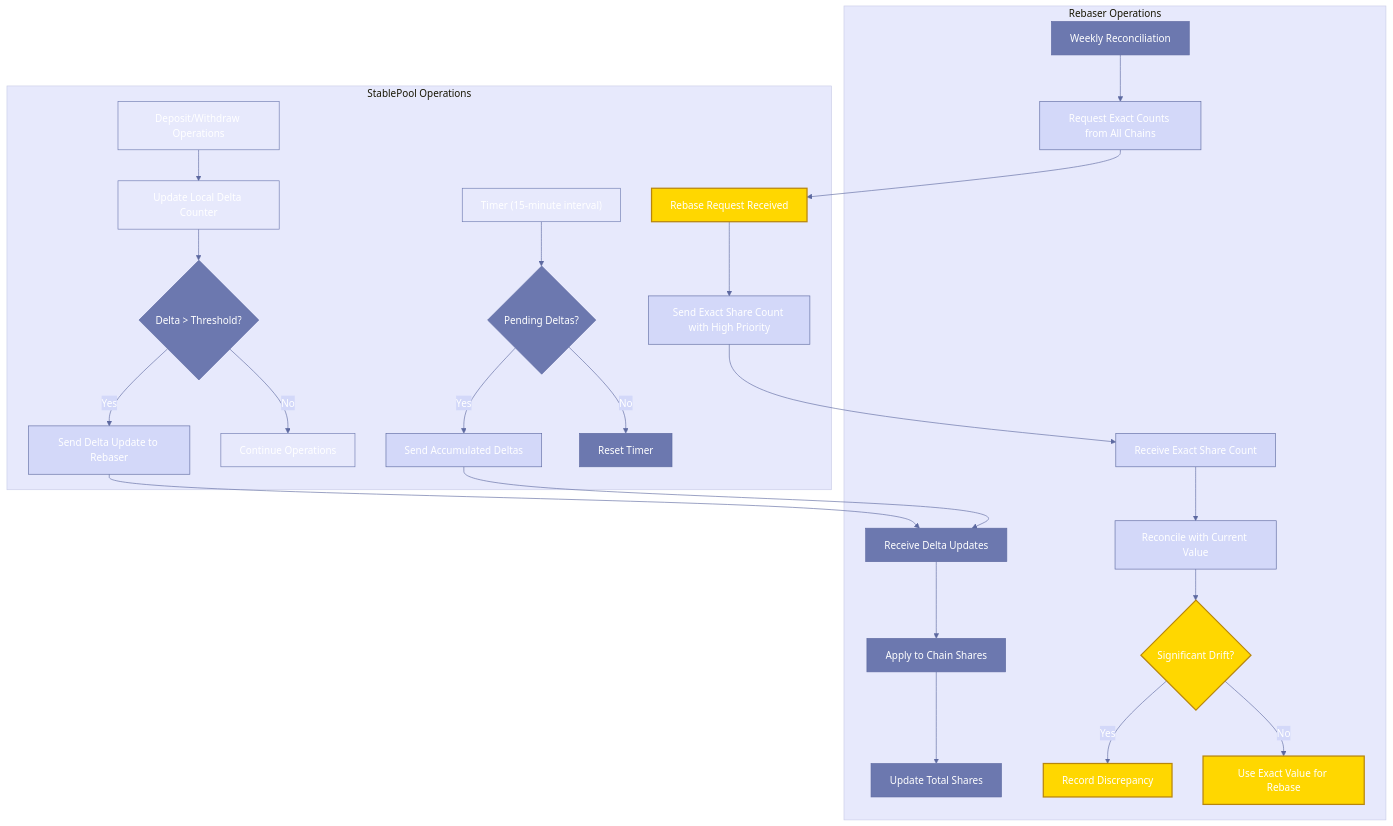
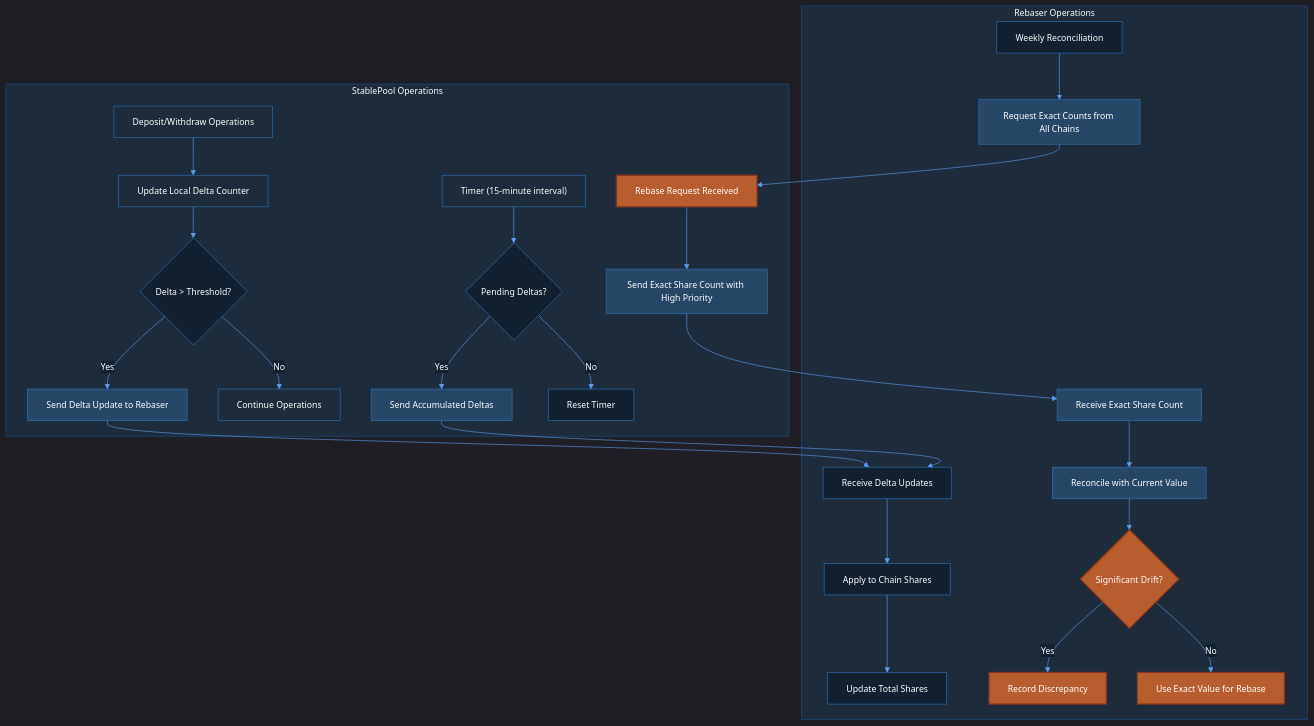
Before and after one commit to eco/eco-routes-internal: the third of 4 diagrams in plans/rebase-flow-implementation-plan.md, drawn with Mermaid. The commit also changed other lines of this file, not shown here.

First line of the commit message:
docs(plans): improve mermaid chart readability with dark theme

````diff
--- a/plans/rebase-flow-implementation-plan.md
+++ b/plans/rebase-flow-implementation-plan.md
@@ -276,48 +276,48 @@
 ```mermaid
-%%{init: {'theme': 'base', 'themeVariables': { 'primaryColor': '#6C78AF', 'primaryTextColor': '#fff', 'primaryBorderColor': '#5D69A0', 'lineColor': '#5D69A0', 'secondaryColor': '#D3D8F9', 'tertiaryColor': '#E7E9FC' }}}%%
+%%{init: {'theme': 'dark', 'themeVariables': { 'primaryColor': '#2D74BA', 'primaryTextColor': '#FFFFFF', 'primaryBorderColor': '#1D4E89', 'lineColor': '#5D9CEC', 'secondaryColor': '#1D2B3A', 'tertiaryColor': '#132030', 'textColor': '#FFFFFF', 'fontSize': '14px', 'fontFamily': 'Arial', 'edgeLabelBackground': '#132030', 'mainBkg': '#132030', 'clusterBkg': '#1D2B3A', 'nodeTextColor': '#FFFFFF', 'nodeBorder': '#2D74BA', 'labelTextColor': '#FFFFFF', 'clusterBorder': '#1D4E89' }}}%%
 
 flowchart TD
     subgraph "StablePool Operations"
         deposit["Deposit/Withdraw Operations"]
         deposit --> updateLocal["Update Local Delta Counter"]
         updateLocal --> checkThreshold{"Delta > Threshold?"}
         checkThreshold -->|Yes| sendUpdate["Send Delta Update to Rebaser"]
         checkThreshold -->|No| continue["Continue Operations"]
         
         timer["Timer (15-minute interval)"]
         timer --> checkPending{"Pending Deltas?"}
         checkPending -->|Yes| sendBatch["Send Accumulated Deltas"]
         checkPending -->|No| reset["Reset Timer"]
         
         rebaseReq["Rebase Request Received"]
         rebaseReq --> sendExact["Send Exact Share Count with High Priority"]
     end
     
     subgraph "Rebaser Operations"
         receiveUpdate["Receive Delta Updates"]
         receiveUpdate --> applyDelta["Apply to Chain Shares"]
         applyDelta --> updateTotal["Update Total Shares"]
         
         receiveExact["Receive Exact Share Count"]
         receiveExact --> reconcile["Reconcile with Current Value"]
         reconcile --> detectDrift{"Significant Drift?"}
         detectDrift -->|Yes| recordIssue["Record Discrepancy"]
         detectDrift -->|No| useExact["Use Exact Value for Rebase"]
         
         weekly["Weekly Reconciliation"]
         weekly --> requestCounts["Request Exact Counts from All Chains"]
     end
     
     sendUpdate --> receiveUpdate
     sendBatch --> receiveUpdate
     sendExact --> receiveExact
     requestCounts --> rebaseReq
     
-    classDef normal fill:#E7E9FC,stroke:#6C78AF
-    classDef important fill:#FFD700,stroke:#B8860B,stroke-width:2px
-    classDef process fill:#D3D8F9,stroke:#5D69A0
+    classDef normal fill:#1D2B3A,stroke:#2D74BA,color:#FFFFFF
+    classDef important fill:#B85D2D,stroke:#89351D,color:#FFFFFF,stroke-width:2px
+    classDef process fill:#284665,stroke:#2D74BA,color:#FFFFFF
     
     class deposit,updateLocal,continue,timer normal
     class sendUpdate,sendBatch,sendExact,receiveExact,reconcile,requestCounts process
     class rebaseReq,detectDrift,recordIssue,useExact important
 ```
````
